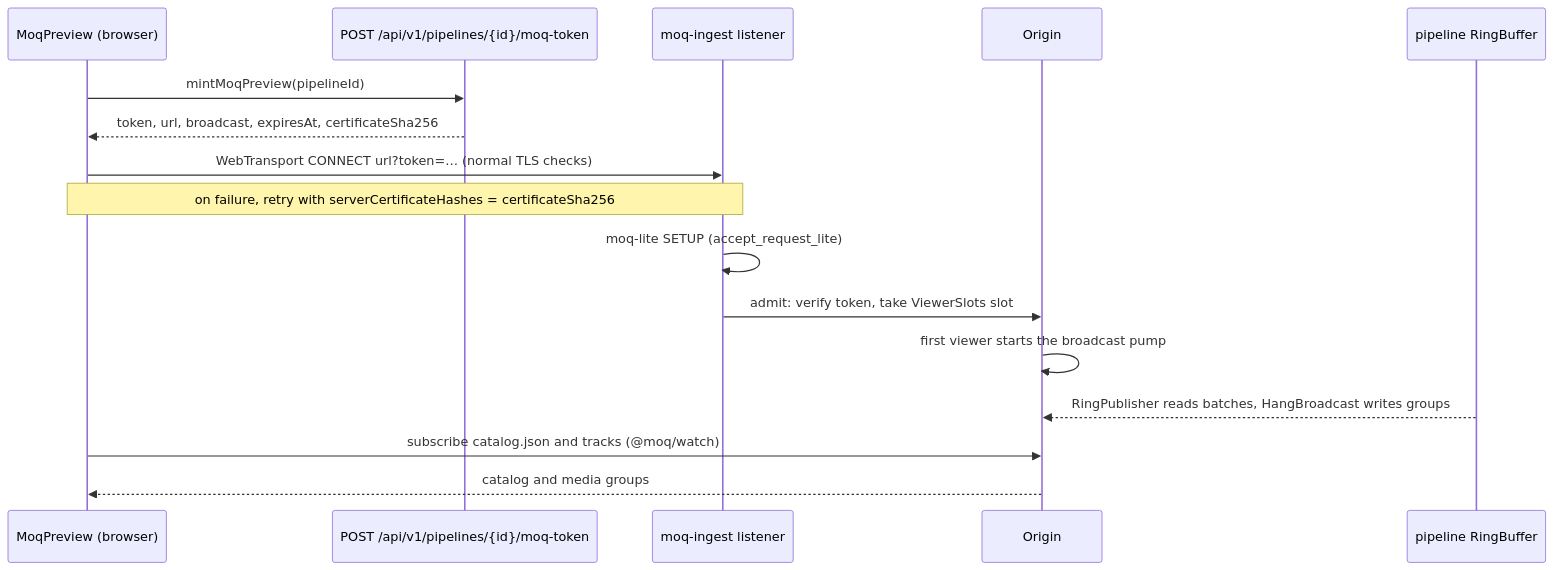
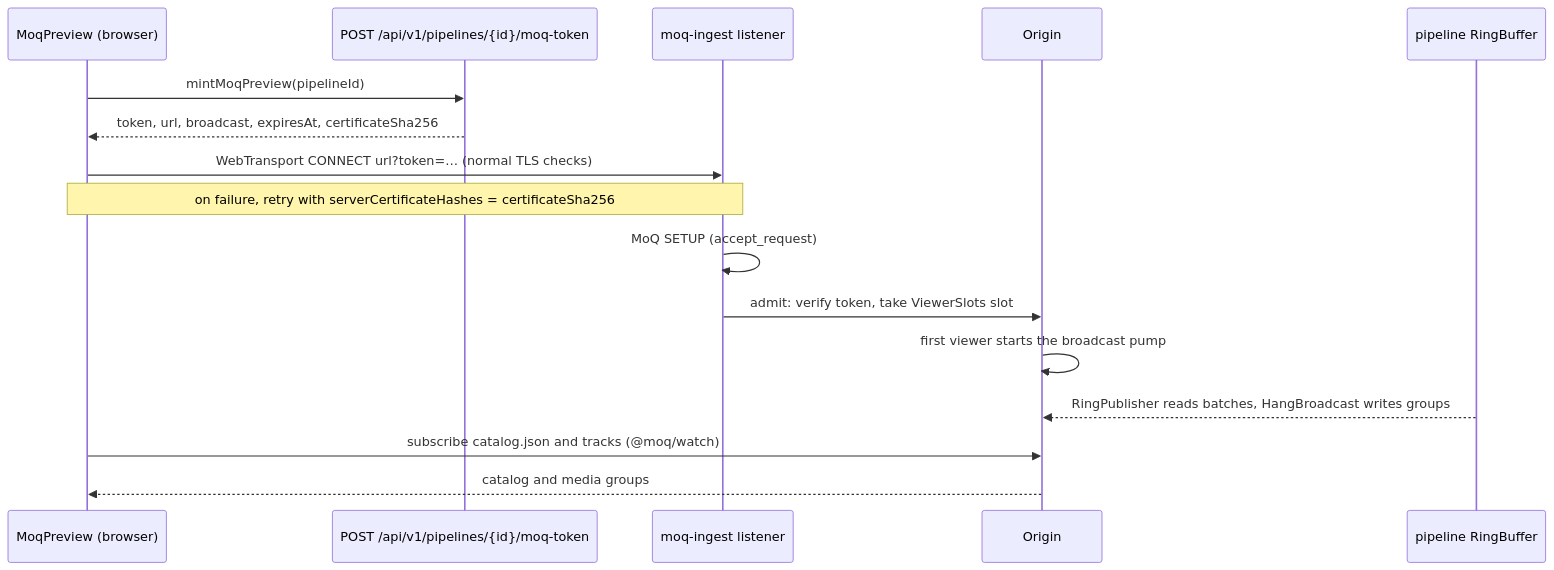
One commit to krsna1729/restream changed diagram 13 of 15 in docs/media-pipeline.md. Above: the diagram before and after it, drawn with Mermaid. The commit also changed other lines of this file and 21 other files, not shown here.

````diff
--- a/docs/media-pipeline.md
+++ b/docs/media-pipeline.md
@@ -864,18 +874,18 @@
 ```mermaid
 sequenceDiagram
     participant UI as MoqPreview (browser)
     participant API as POST /api/v1/pipelines/{id}/moq-token
     participant L as moq-ingest listener
     participant O as Origin
     participant R as pipeline RingBuffer
     UI->>API: mintMoqPreview(pipelineId)
     API-->>UI: token, url, broadcast, expiresAt, certificateSha256
     UI->>L: WebTransport CONNECT url?token=… (normal TLS checks)
     Note over UI,L: on failure, retry with serverCertificateHashes = certificateSha256
-    L->>L: moq-lite SETUP (accept_request_lite)
+    L->>L: MoQ SETUP (accept_request)
     L->>O: admit: verify token, take ViewerSlots slot
     O->>O: first viewer starts the broadcast pump
     R-->>O: RingPublisher reads batches, HangBroadcast writes groups
     UI->>O: subscribe catalog.json and tracks (@moq/watch)
     O-->>UI: catalog and media groups
 ```
````
